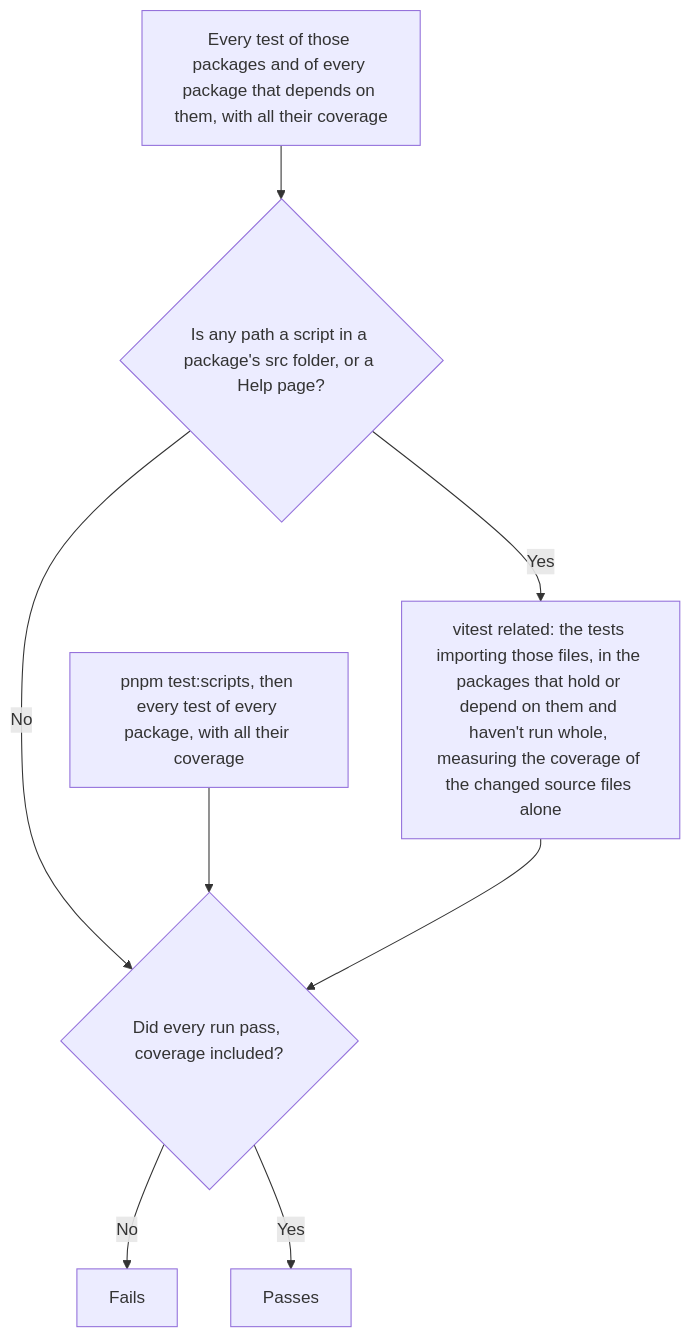
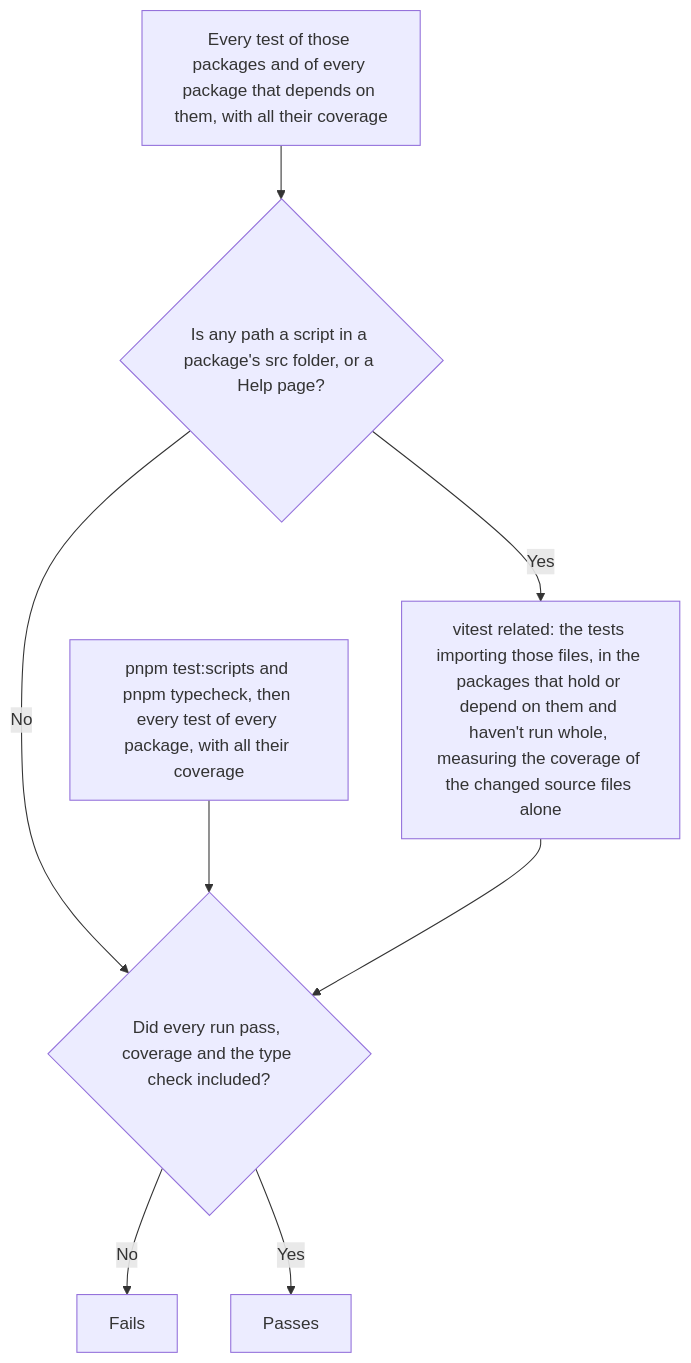
Before and after one commit to ribbitworks/fathom: the second of 11 diagrams in docs/design/checks-and-ci.md, drawn with Mermaid. The commit also changed other lines of this file and 6 other files, not shown here.

First line of the commit message:
chore: check types in test:changed, as CI does

````diff
--- a/docs/design/checks-and-ci.md
+++ b/docs/design/checks-and-ci.md
@@ -45,11 +45,11 @@
 ```mermaid
 flowchart TD
-    Everything["pnpm test:scripts, then every test of every package, with all their coverage"]
+    Everything["pnpm test:scripts and pnpm typecheck, then every test of every package, with all their coverage"]
     WholePackages["Every test of those packages and of every package that depends on them, with all their coverage"] --> Imported{"Is any path a script in a package's src folder, or a Help page?"}
     Imported -- Yes --> Related["vitest related: the tests importing those files, in the packages that hold or depend on them and haven't run whole, measuring the coverage of the changed source files alone"]
     Imported -- No --> Outcome
-    Everything --> Outcome{"Did every run pass, coverage included?"}
+    Everything --> Outcome{"Did every run pass, coverage and the type check included?"}
     Related --> Outcome
     Outcome -- No --> TestsFailed["Fails"]
     Outcome -- Yes --> TestsPassed["Passes"]
 ```
````
